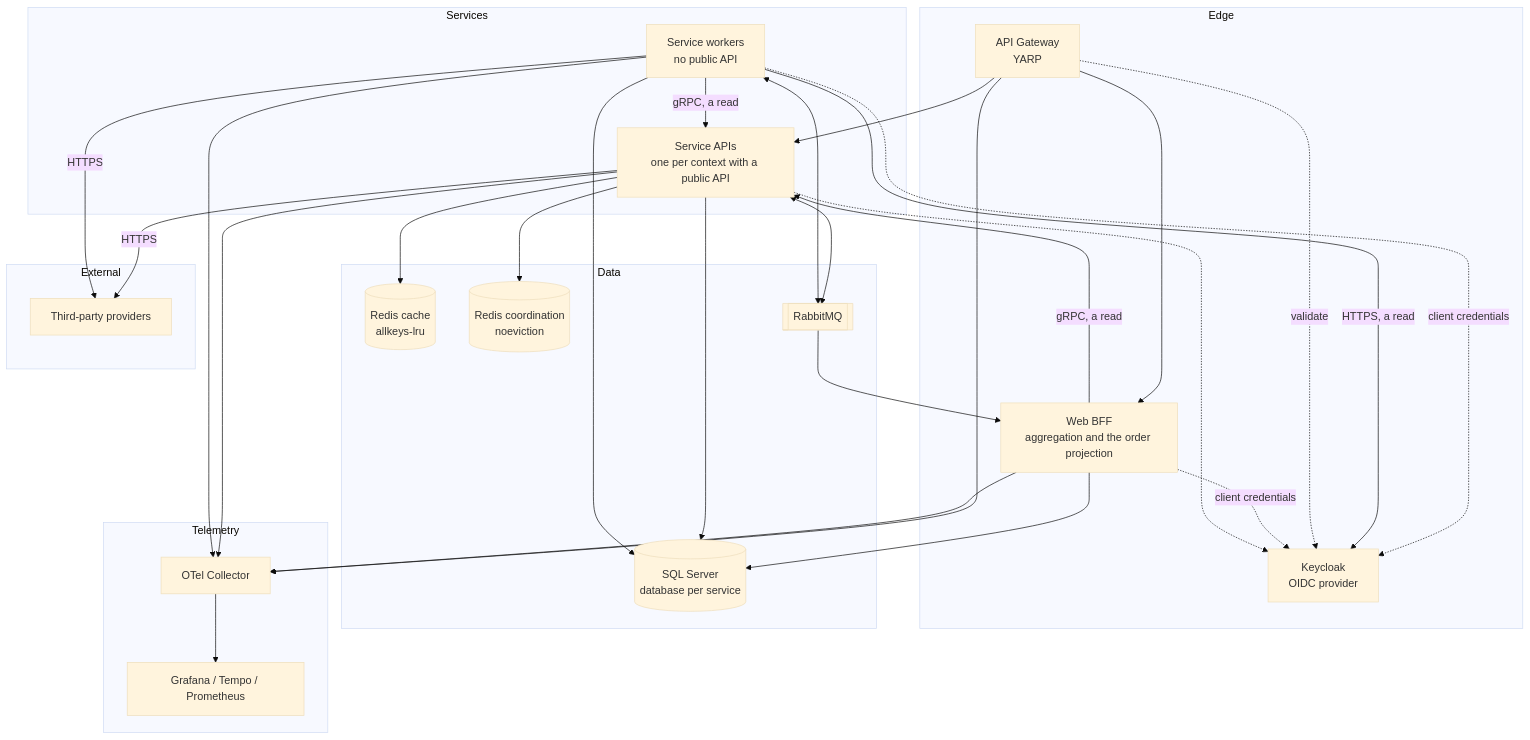
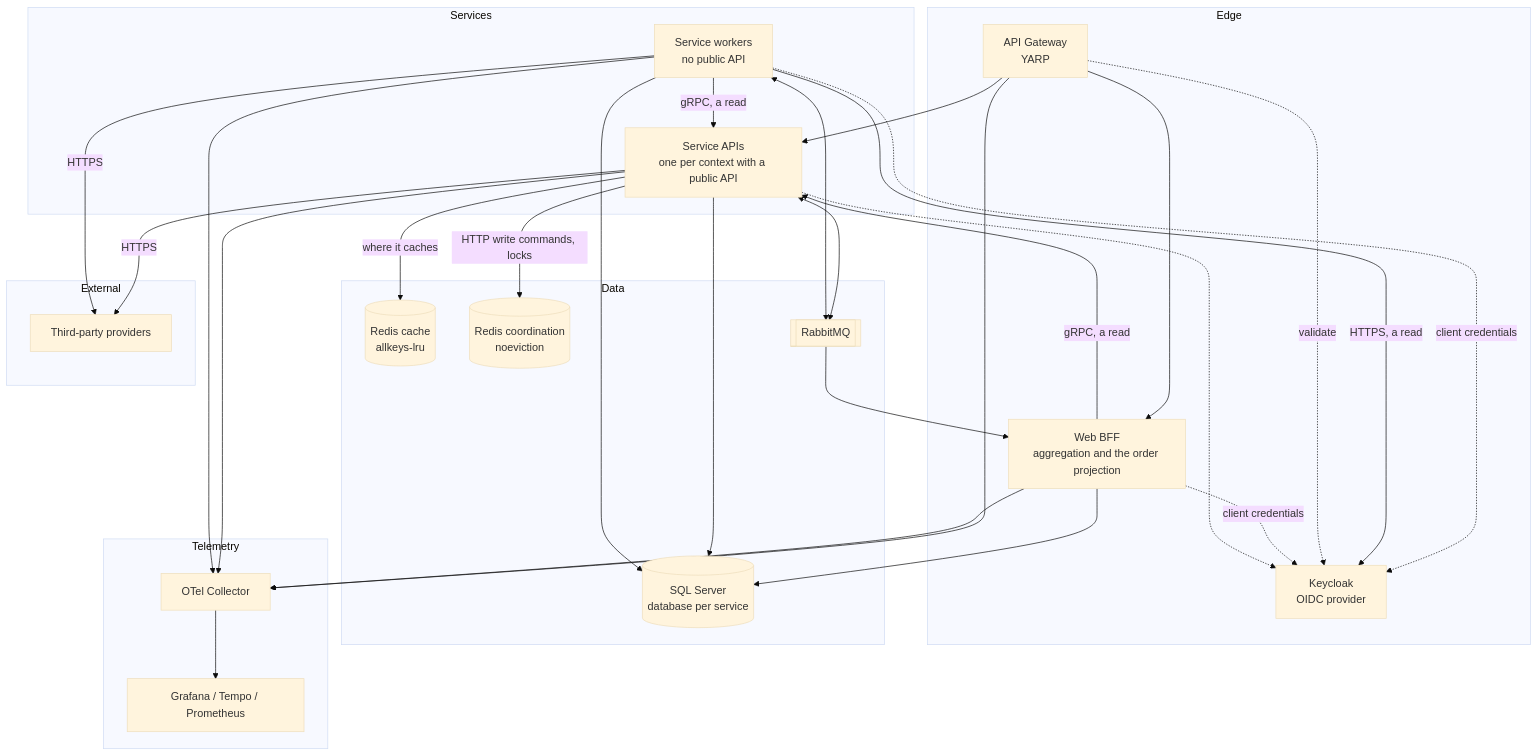
The second of 2 diagrams in docs/backend-architecture/02-architecture-at-a-glance.md (alexander-shamray/blueprint-backend), drawn with Mermaid (base theme) before and after one commit.

Commit message:
docs: section 2.2's generic diagram labels the Redis edges as conditional (review: R4)
The diagram drew both Redis edges from every service API, but the bullet
below says a service that caches nothing and has no HTTP write commands
reaches neither, and the original drew them for three services only. The
edges now say when they exist: where the API caches, and for HTTP write
commands and locks.

Claude-Session: https://claude.ai/code/session_0175FKbv7AroJjEjG3ocmhY4

````diff
--- a/docs/backend-architecture/02-architecture-at-a-glance.md
+++ b/docs/backend-architecture/02-architecture-at-a-glance.md
@@ -27,62 +27,62 @@
 ```mermaid
 graph TB
     subgraph Edge
         GW[API Gateway<br/>YARP]
         BFF[Web BFF<br/>aggregation and the order projection]
         IDP[Keycloak<br/>OIDC provider]
     end
 
     subgraph Services
         API[Service APIs<br/>one per context with a public API]
         WRK[Service workers<br/>no public API]
     end
 
     subgraph Data
         SQL[(SQL Server<br/>database per service)]
         RC[(Redis cache<br/>allkeys-lru)]
         RK[(Redis coordination<br/>noeviction)]
         MQ[[RabbitMQ]]
     end
 
     subgraph Telemetry
         OTEL[OTel Collector]
         GRAF[Grafana / Tempo / Prometheus]
     end
 
     subgraph External
         PSP[Third-party providers]
     end
 
     GW --> API
     GW --> BFF
 
     BFF -->|gRPC, a read| API
 
     WRK -->|gRPC, a read| API
     WRK -.->|client credentials| IDP
     WRK -->|HTTPS, a read| IDP
 
     API -->|HTTPS| PSP
     WRK -->|HTTPS| PSP
 
     GW -.->|validate| IDP
     BFF -.->|client credentials| IDP
     API -.-> IDP
 
     API --> SQL
     WRK --> SQL
     BFF --> SQL
 
-    API --> RC
-    API --> RK
+    API -->|where it caches| RC
+    API -->|HTTP write commands, locks| RK
 
     API <--> MQ
     WRK <--> MQ
     MQ --> BFF
 
     API --> OTEL
     WRK --> OTEL
     GW  --> OTEL
     BFF --> OTEL
     OTEL --> GRAF
 ```
````
